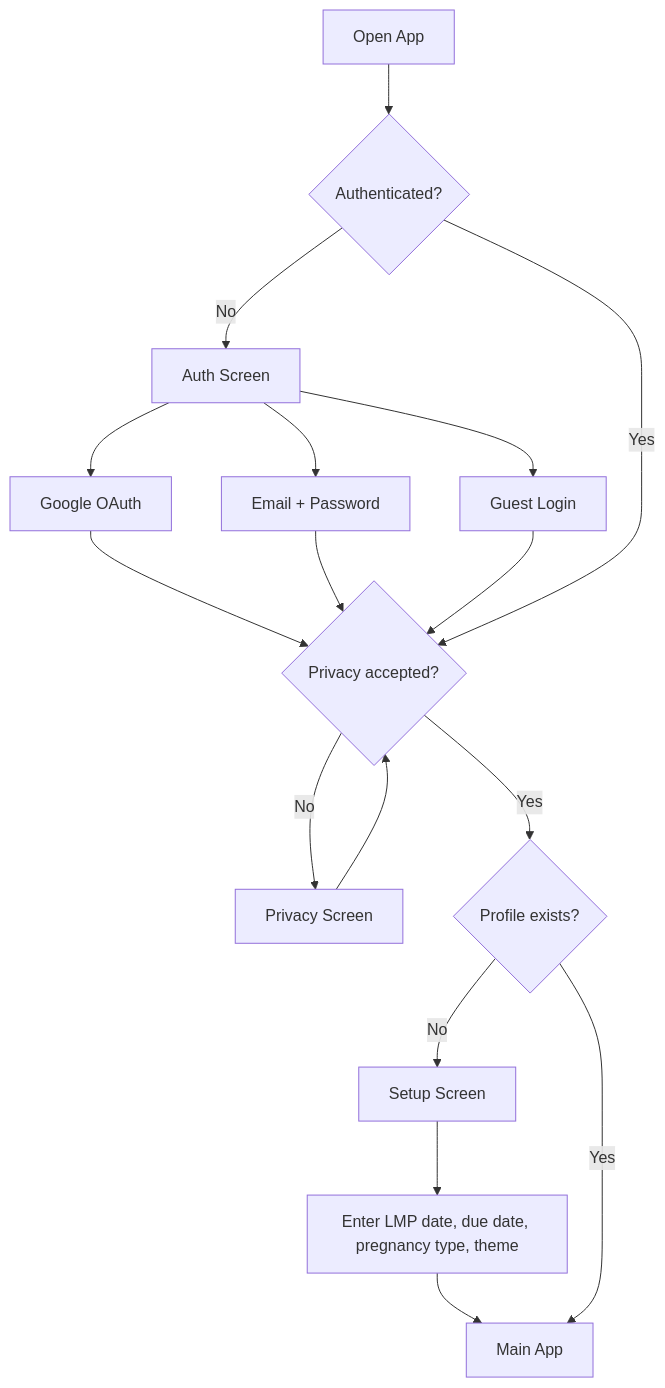
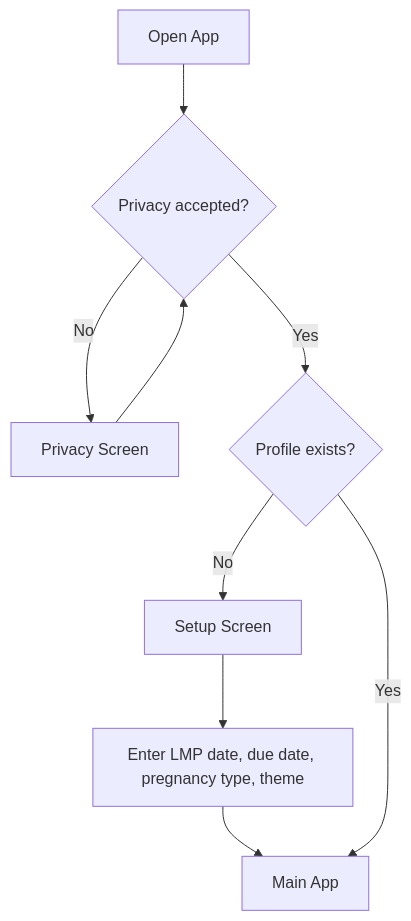
Before and after one commit to tanakaprince49-cell/NESTLYY: the first of 4 diagrams in docs/app-guide.md, drawn with Mermaid. The commit also changed other lines of this file, not shown here.

First line of the commit message:
docs(#316, #339): rewrite app-guide.md for Zero-Data MVP (#346)

````diff
--- a/docs/app-guide.md
+++ b/docs/app-guide.md
@@ -7,17 +7,11 @@
 ```mermaid
 flowchart TD
-    A[Open App] --> B{Authenticated?}
-    B -- No --> C[Auth Screen]
-    C --> C1[Google OAuth]
-    C --> C2[Email + Password]
-    C --> C3[Guest Login]
-    C1 & C2 & C3 --> D{Privacy accepted?}
-    B -- Yes --> D
+    A[Open App] --> D{Privacy accepted?}
     D -- No --> E[Privacy Screen]
     E --> D
     D -- Yes --> F{Profile exists?}
     F -- No --> G[Setup Screen]
     G --> H[Enter LMP date, due date, pregnancy type, theme]
     H --> I[Main App]
     F -- Yes --> I
 ```
````
